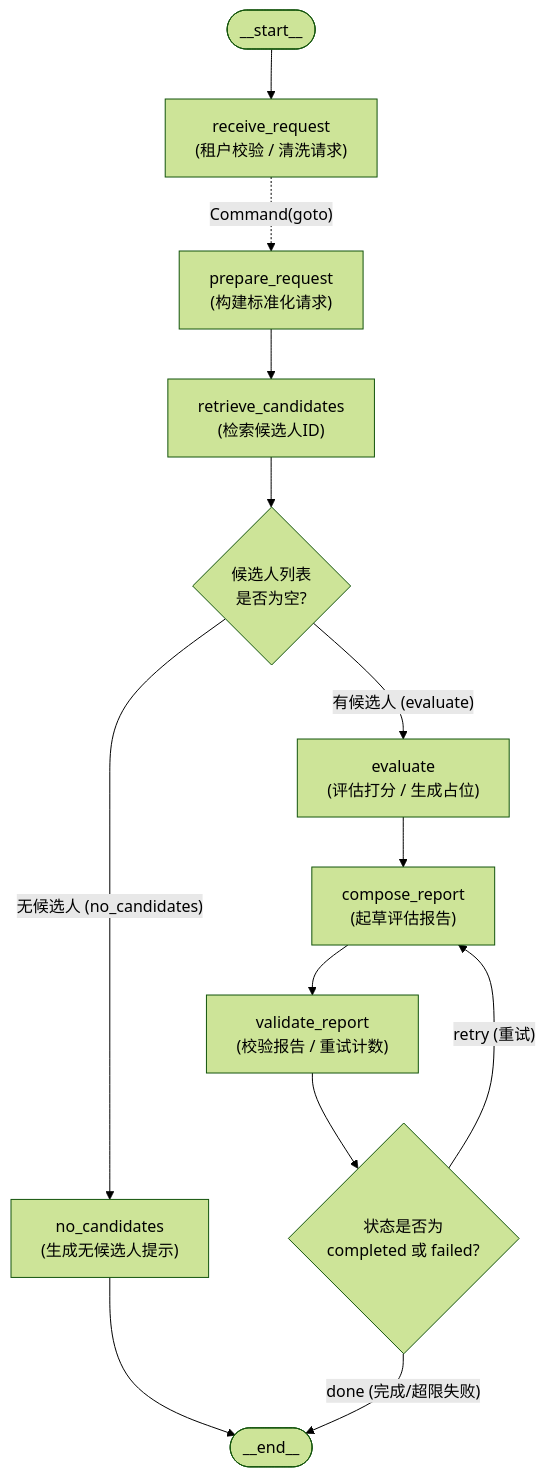
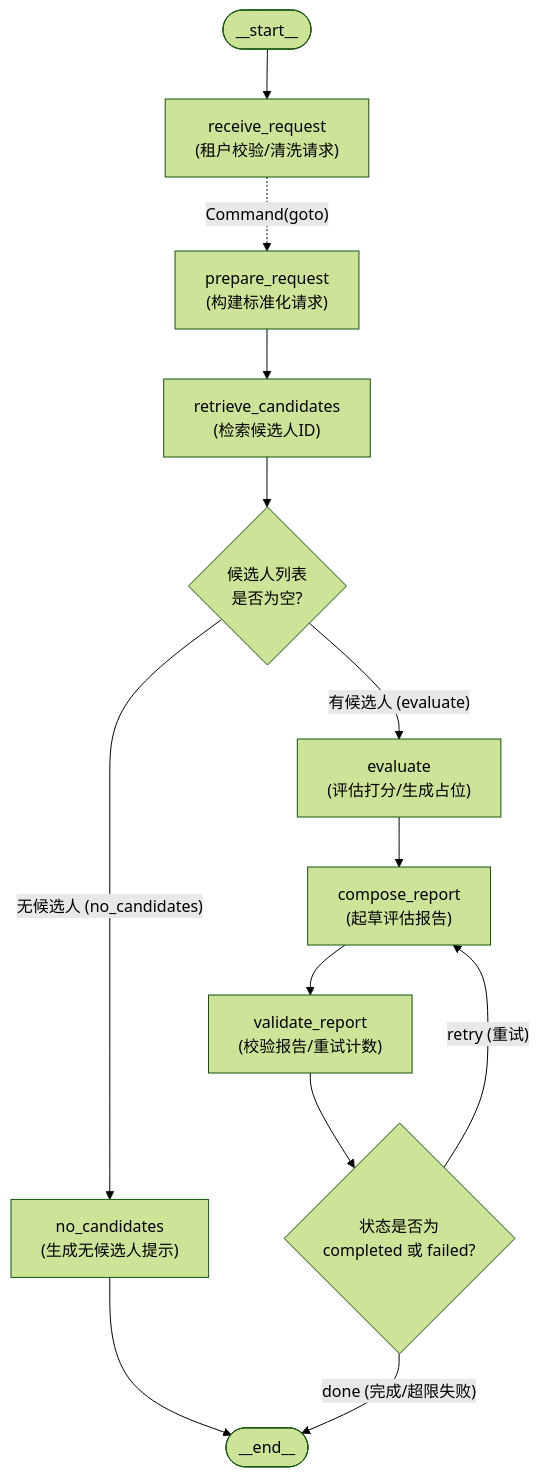
Before and after one commit to KalavinkaX/talent-eval-agents: the diagram in docs/lesson11-LangGraph状态模型与人才决策主图-完整学习与课后作业指导.md, drawn with Mermaid (forest theme).

Commit message:
lesson-11_note(mermaid_graph_fix2) LangGraph 状态模型与人才决策主图

````diff
--- a/docs/lesson11-LangGraph状态模型与人才决策主图-完整学习与课后作业指导.md
+++ b/docs/lesson11-LangGraph状态模型与人才决策主图-完整学习与课后作业指导.md
@@ -28,42 +28,37 @@
 ```mermaid
 flowchart TD
-    %% 节点定义
     START([__start__])
     END([__end__])
-    
-    receive_request["receive_request<br/>(租户校验 / 清洗请求)"]
+
+    receive_request["receive_request<br/>(租户校验/清洗请求)"]
     prepare_request["prepare_request<br/>(构建标准化请求)"]
     retrieve_candidates["retrieve_candidates<br/>(检索候选人ID)"]
-    
+
     cond_candidates{"候选人列表<br/>是否为空?"}
-    
+
     no_candidates["no_candidates<br/>(生成无候选人提示)"]
-    evaluate["evaluate<br/>(评估打分 / 生成占位)"]
+    evaluate["evaluate<br/>(评估打分/生成占位)"]
     compose_report["compose_report<br/>(起草评估报告)"]
-    validate_report["validate_report<br/>(校验报告 / 重试计数)"]
-    
+    validate_report["validate_report<br/>(校验报告/重试计数)"]
+
     cond_report{"状态是否为<br/>completed 或 failed?"}
 
-    %% 边与流转关系
     START --> receive_request
-    
-    %% receive_request 内部通过 Command(goto="prepare_request") 动态跳转
+
     receive_request -. "Command(goto)" .-> prepare_request
-    
+
     prepare_request --> retrieve_candidates
-    
-    %% 条件边：_route_candidates
+
     retrieve_candidates --> cond_candidates
     cond_candidates -- "无候选人 (no_candidates)" --> no_candidates
     cond_candidates -- "有候选人 (evaluate)" --> evaluate
-    
+
     no_candidates --> END
-    
+
     evaluate --> compose_report
     compose_report --> validate_report
-    
-    %% 条件边：_route_report
+
     validate_report --> cond_report
     cond_report -- "retry (重试)" --> compose_report
     cond_report -- "done (完成/超限失败)" --> END
 ```
````
